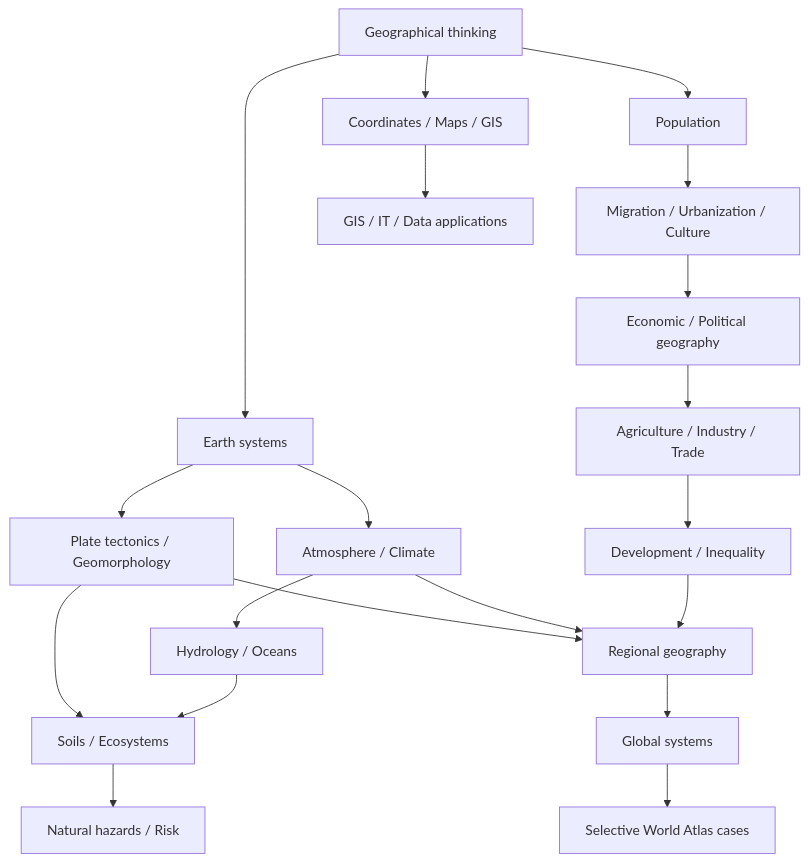
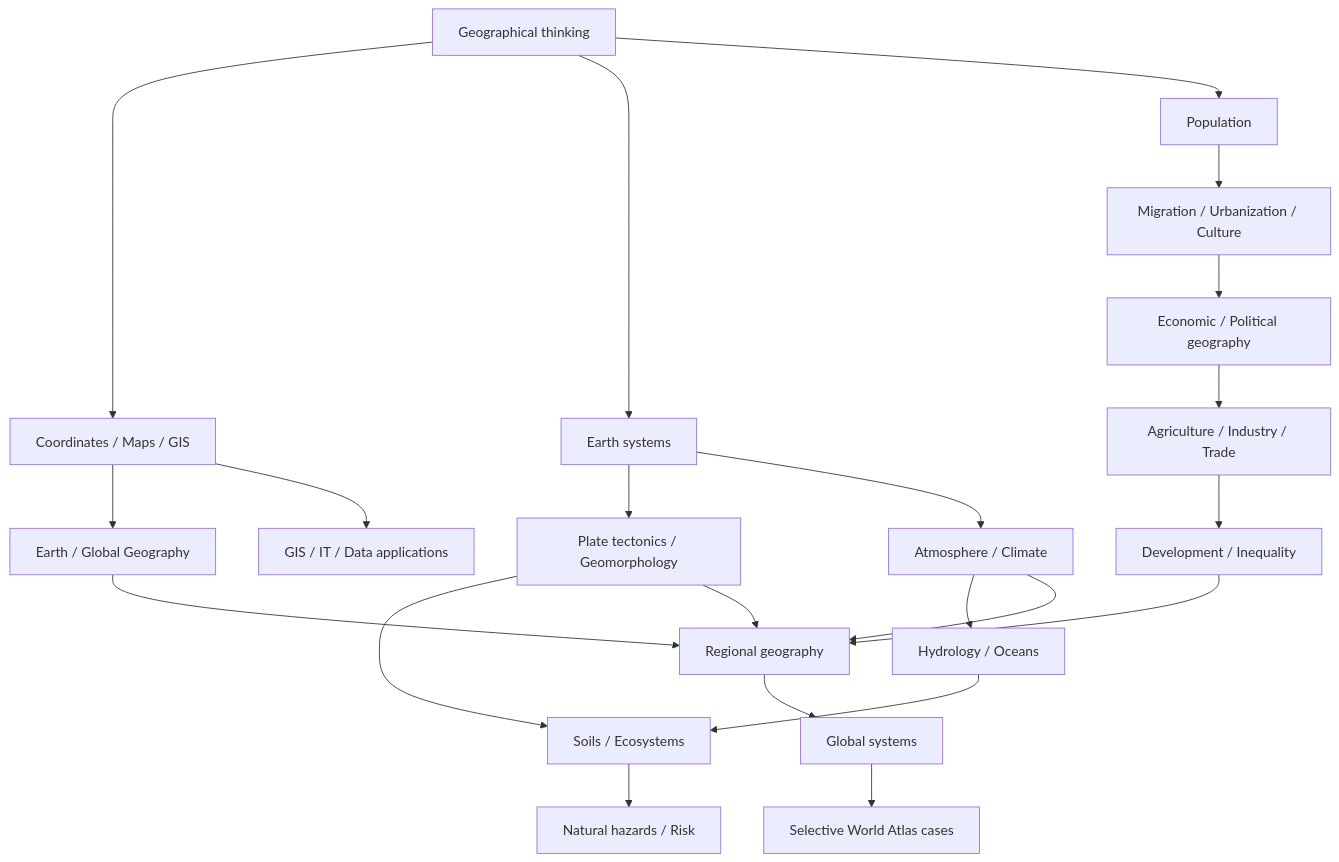
The diagram in world_geography/README.md (hunggtham/learning-docs), drawn with Mermaid before and after one commit. The commit also changed other lines of this file and 4 other files, not shown here.

First line of the commit message:
Refresh geography audit learning route and atlas policy

````diff
--- a/world_geography/README.md
+++ b/world_geography/README.md
@@ -33,22 +39,24 @@
 ```mermaid
 graph TD
   A[Geographical thinking] --> B[Coordinates / Maps / GIS]
   A --> C[Earth systems]
   C --> D[Plate tectonics / Geomorphology]
   C --> E[Atmosphere / Climate]
   E --> F[Hydrology / Oceans]
   D --> G[Soils / Ecosystems]
   F --> G
   G --> H[Natural hazards / Risk]
   A --> I[Population]
   I --> J[Migration / Urbanization / Culture]
   J --> K[Economic / Political geography]
   K --> L[Agriculture / Industry / Trade]
   L --> M[Development / Inequality]
-  D --> N[Regional geography]
-  E --> N
-  M --> N
-  N --> O[Global systems]
-  B --> P[GIS / IT / Data applications]
-  O --> Q[Selective World Atlas cases]
+  B --> N[Earth / Global Geography]
+  D --> O[Regional geography]
+  E --> O
+  M --> O
+  N --> O
+  O --> P[Global systems]
+  B --> Q[GIS / IT / Data applications]
+  P --> R[Selective World Atlas cases]
 ```
````
